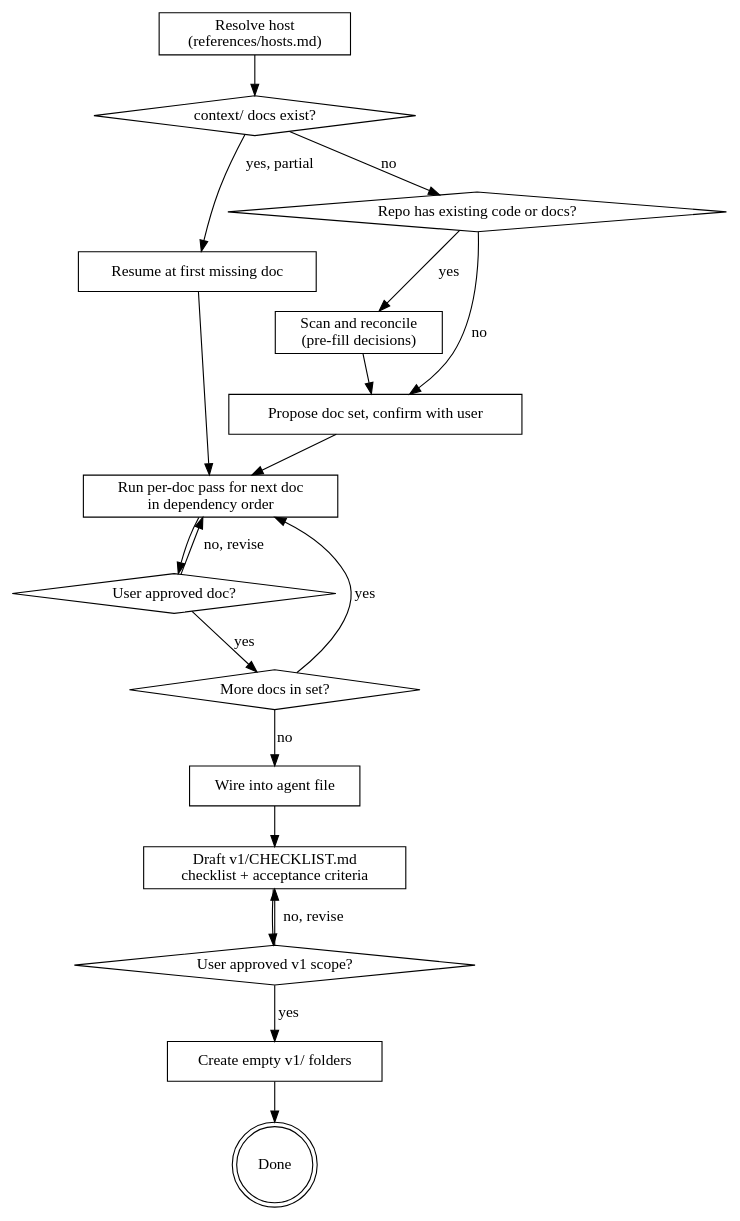
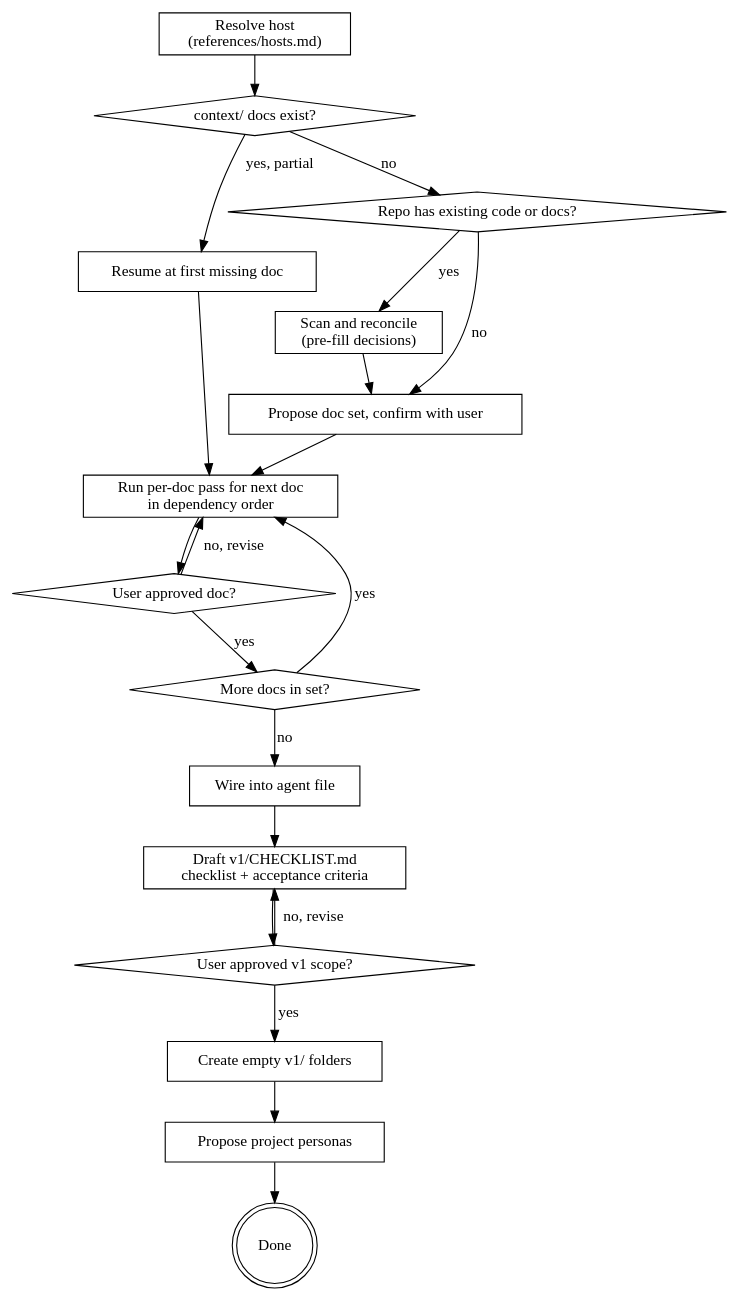
Before and after one commit to gbcstro/context-docs-kit: the diagram in skills/bootstrapping-context-docs/SKILL.md, drawn with Graphviz. The commit also changed other lines of this file and 40 other files, not shown here.

First line of the commit message:
feat: stronger personas, ADVISE mode, project-specific personas

````diff
--- a/skills/bootstrapping-context-docs/SKILL.md
+++ b/skills/bootstrapping-context-docs/SKILL.md
@@ -56,37 +56,39 @@
 ```dot
 digraph bootstrap {
     "Resolve host\n(references/hosts.md)" [shape=box];
     "context/ docs exist?" [shape=diamond];
     "Resume at first missing doc" [shape=box];
     "Repo has existing code or docs?" [shape=diamond];
     "Scan and reconcile\n(pre-fill decisions)" [shape=box];
     "Propose doc set, confirm with user" [shape=box];
     "Run per-doc pass for next doc\nin dependency order" [shape=box];
     "User approved doc?" [shape=diamond];
     "More docs in set?" [shape=diamond];
     "Wire into agent file" [shape=box];
     "Draft v1/CHECKLIST.md\nchecklist + acceptance criteria" [shape=box];
     "User approved v1 scope?" [shape=diamond];
     "Create empty v1/ folders" [shape=box];
+    "Propose project personas" [shape=box];
     "Done" [shape=doublecircle];
 
     "Resolve host\n(references/hosts.md)" -> "context/ docs exist?";
     "context/ docs exist?" -> "Resume at first missing doc" [label="yes, partial"];
     "context/ docs exist?" -> "Repo has existing code or docs?" [label="no"];
     "Repo has existing code or docs?" -> "Scan and reconcile\n(pre-fill decisions)" [label="yes"];
     "Repo has existing code or docs?" -> "Propose doc set, confirm with user" [label="no"];
     "Scan and reconcile\n(pre-fill decisions)" -> "Propose doc set, confirm with user";
     "Resume at first missing doc" -> "Run per-doc pass for next doc\nin dependency order";
     "Propose doc set, confirm with user" -> "Run per-doc pass for next doc\nin dependency order";
     "Run per-doc pass for next doc\nin dependency order" -> "User approved doc?";
     "User approved doc?" -> "Run per-doc pass for next doc\nin dependency order" [label="no, revise"];
     "User approved doc?" -> "More docs in set?" [label="yes"];
     "More docs in set?" -> "Run per-doc pass for next doc\nin dependency order" [label="yes"];
     "More docs in set?" -> "Wire into agent file" [label="no"];
     "Wire into agent file" -> "Draft v1/CHECKLIST.md\nchecklist + acceptance criteria";
     "Draft v1/CHECKLIST.md\nchecklist + acceptance criteria" -> "User approved v1 scope?";
     "User approved v1 scope?" -> "Draft v1/CHECKLIST.md\nchecklist + acceptance criteria" [label="no, revise"];
     "User approved v1 scope?" -> "Create empty v1/ folders" [label="yes"];
-    "Create empty v1/ folders" -> "Done";
+    "Create empty v1/ folders" -> "Propose project personas";
+    "Propose project personas" -> "Done";
 }
 ```
````
